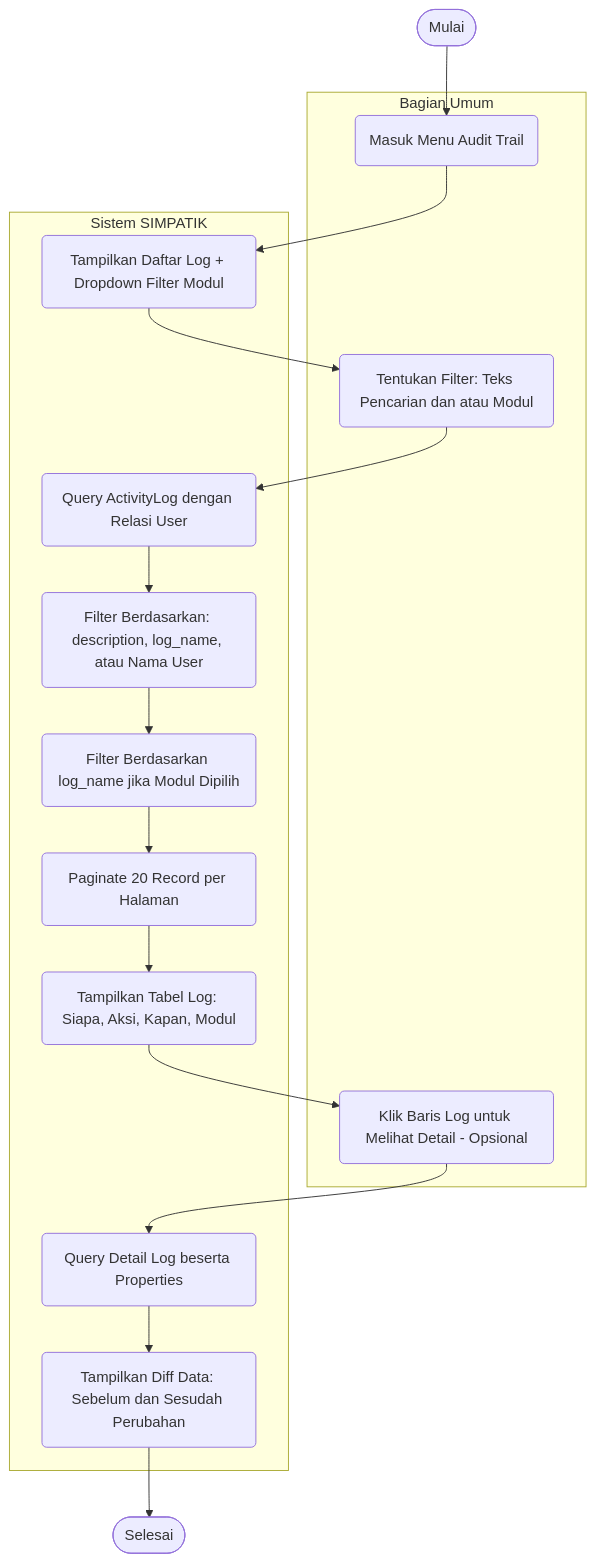
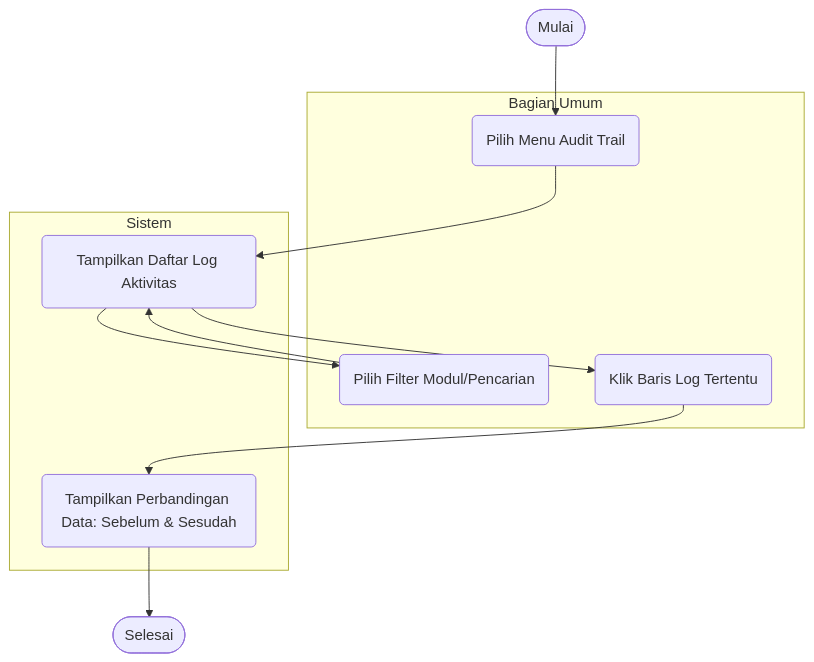
One commit to wahyu2021/SIMPATIK changed the fifth of 14 diagrams in laporan_activity_diagram.md. Above: the diagram before and after it, drawn with Mermaid. The commit also changed other lines of this file and 34 other files, not shown here.

Commit message:
Menyempurnakan logika seeder (User, Master Barang, dan Transaksi) agar lebih realistis

````diff
--- a/laporan_activity_diagram.md
+++ b/laporan_activity_diagram.md
@@ -262,35 +200,24 @@
 ```mermaid
 flowchart TD
     Start([Mulai])
     End([Selesai])
 
     subgraph BagianUmum [Bagian Umum]
-        A(Masuk Menu Audit Trail)
-        B(Tentukan Filter: Teks Pencarian dan atau Modul)
-        C(Klik Baris Log untuk Melihat Detail - Opsional)
+        A(Pilih Menu Audit Trail)
+        B(Pilih Filter Modul/Pencarian)
+        C(Klik Baris Log Tertentu)
     end
 
-    subgraph Sistem [Sistem SIMPATIK]
-        D(Tampilkan Daftar Log + Dropdown Filter Modul)
-        E(Query ActivityLog dengan Relasi User)
-        F(Filter Berdasarkan: description, log_name, atau Nama User)
-        G(Filter Berdasarkan log_name jika Modul Dipilih)
-        H(Paginate 20 Record per Halaman)
-        I(Tampilkan Tabel Log: Siapa, Aksi, Kapan, Modul)
-        J(Query Detail Log beserta Properties)
-        K(Tampilkan Diff Data: Sebelum dan Sesudah Perubahan)
+    subgraph Sistem
+        D(Tampilkan Daftar Log Aktivitas)
+        E(Tampilkan Perbandingan Data: Sebelum & Sesudah)
     end
 
     Start --> A
     A --> D
     D --> B
-    B --> E
-    E --> F
-    F --> G
-    G --> H
-    H --> I
-    I --> C
-    C --> J
-    J --> K
-    K --> End
+    B --> D
+    D --> C
+    C --> E
+    E --> End
 ```
````
